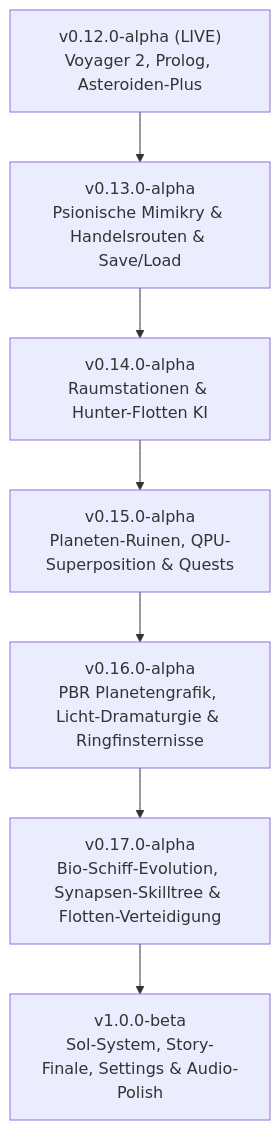
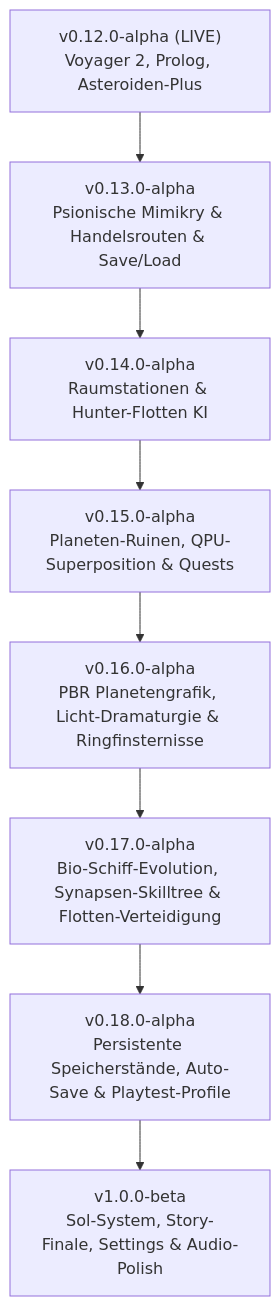
One commit to turgutreis/where_stars_die changed the diagram in ROADMAP.md. Above: the diagram before and after it, drawn with Mermaid. The commit also changed other lines of this file and 2 other files, not shown here.

Commit message:
chore(release): bump version to 0.18.0-alpha

````diff
--- a/ROADMAP.md
+++ b/ROADMAP.md
@@ -104,9 +104,10 @@
 ```mermaid
 graph TD
     A["v0.12.0-alpha (LIVE)<br>Voyager 2, Prolog, Asteroiden-Plus"] --> B["v0.13.0-alpha<br>Psionische Mimikry & Handelsrouten & Save/Load"]
     B --> C["v0.14.0-alpha<br>Raumstationen & Hunter-Flotten KI"]
     C --> D["v0.15.0-alpha<br>Planeten-Ruinen, QPU-Superposition & Quests"]
     D --> E["v0.16.0-alpha<br>PBR Planetengrafik, Licht-Dramaturgie & Ringfinsternisse"]
     E --> F["v0.17.0-alpha<br>Bio-Schiff-Evolution, Synapsen-Skilltree & Flotten-Verteidigung"]
-    F --> G["v1.0.0-beta<br>Sol-System, Story-Finale, Settings & Audio-Polish"]
+    F --> G["v0.18.0-alpha<br>Persistente Speicherstände, Auto-Save & Playtest-Profile"]
+    G --> H["v1.0.0-beta<br>Sol-System, Story-Finale, Settings & Audio-Polish"]
 ```
````
